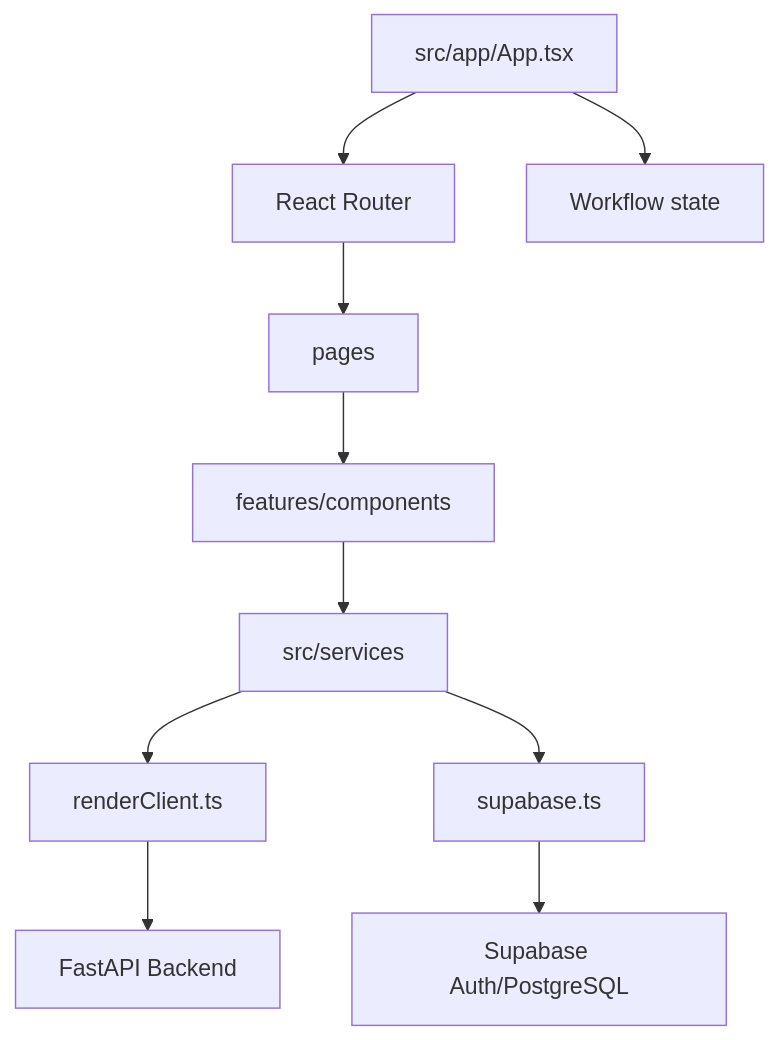
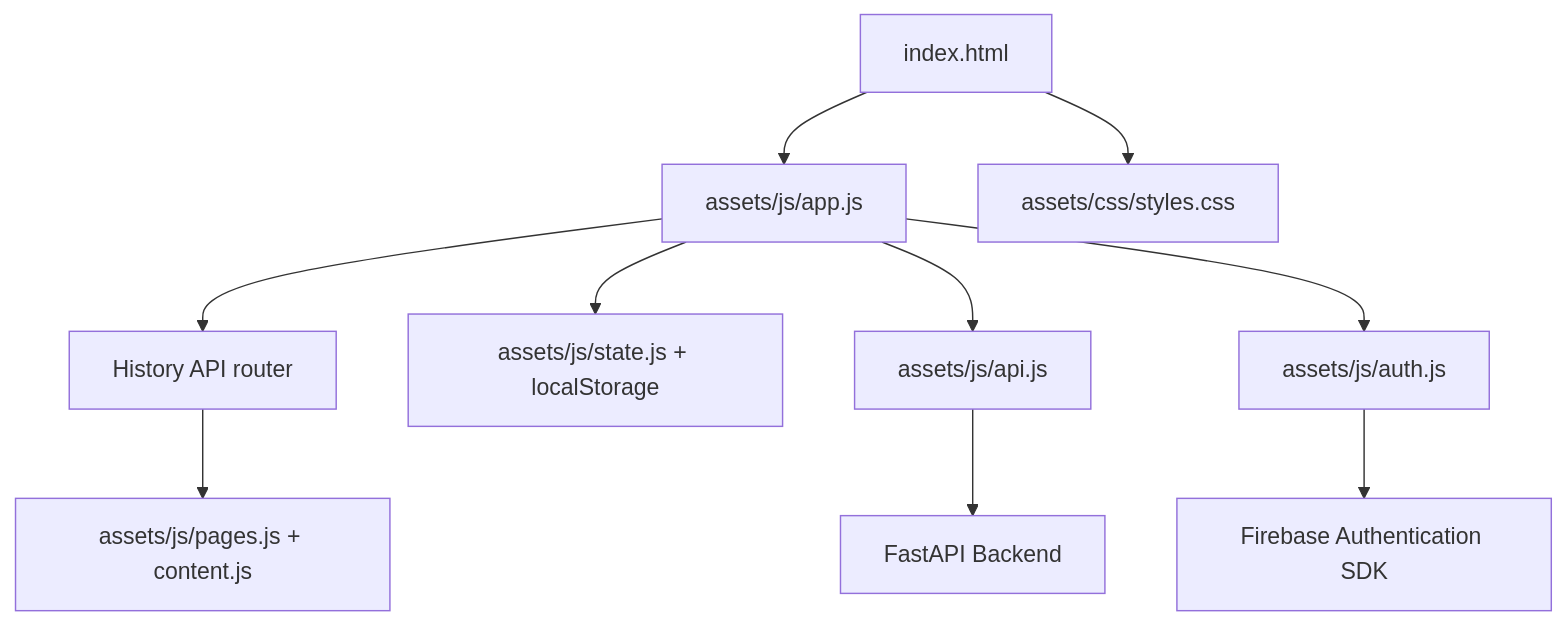
Before and after one commit to TechFutureAIFPT/TechFutureAI: the fourth of 4 diagrams in Document/01-Tai-Lieu-Du-An/02-kien-truc-he-thong.md, drawn with Mermaid. The commit also changed other lines of this file and 38 other files, not shown here.

````diff
--- a/Document/01-Tai-Lieu-Du-An/02-kien-truc-he-thong.md
+++ b/Document/01-Tai-Lieu-Du-An/02-kien-truc-he-thong.md
@@ -115,12 +115,12 @@
 ```mermaid
 flowchart TB
-    APP["src/app/App.tsx"] --> ROUTER["React Router"]
-    APP --> STATE["Workflow state"]
-    ROUTER --> PAGES["pages"]
-    PAGES --> FEATURES["features/components"]
-    FEATURES --> SERVICES["src/services"]
-    SERVICES --> API["renderClient.ts"]
-    SERVICES --> SUPABASE["supabase.ts"]
+    HTML["index.html"] --> APP["assets/js/app.js"]
+    APP --> ROUTER["History API router"]
+    APP --> STATE["assets/js/state.js + localStorage"]
+    ROUTER --> PAGES["assets/js/pages.js + content.js"]
+    APP --> API["assets/js/api.js"]
+    APP --> FIREBASE["assets/js/auth.js"]
+    HTML --> CSS["assets/css/styles.css"]
     API --> BACKEND["FastAPI Backend"]
-    SUPABASE --> AUTH["Supabase Auth/PostgreSQL"]
+    FIREBASE --> AUTH["Firebase Authentication SDK"]
 ```
````
